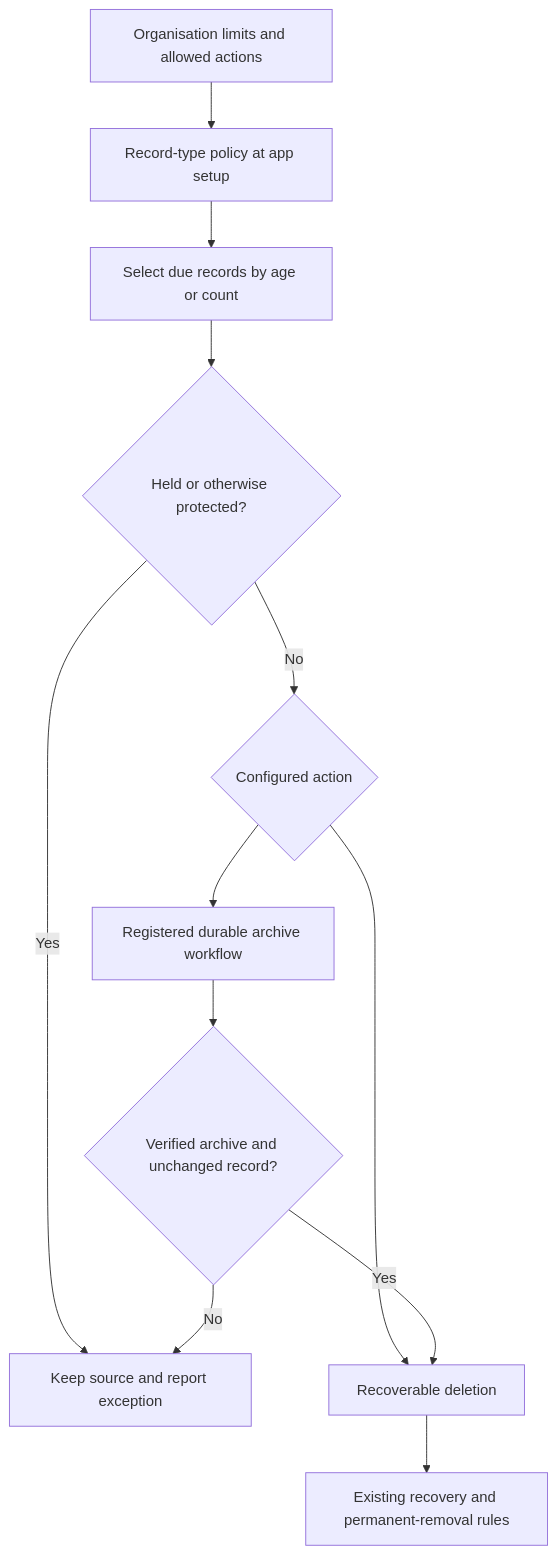
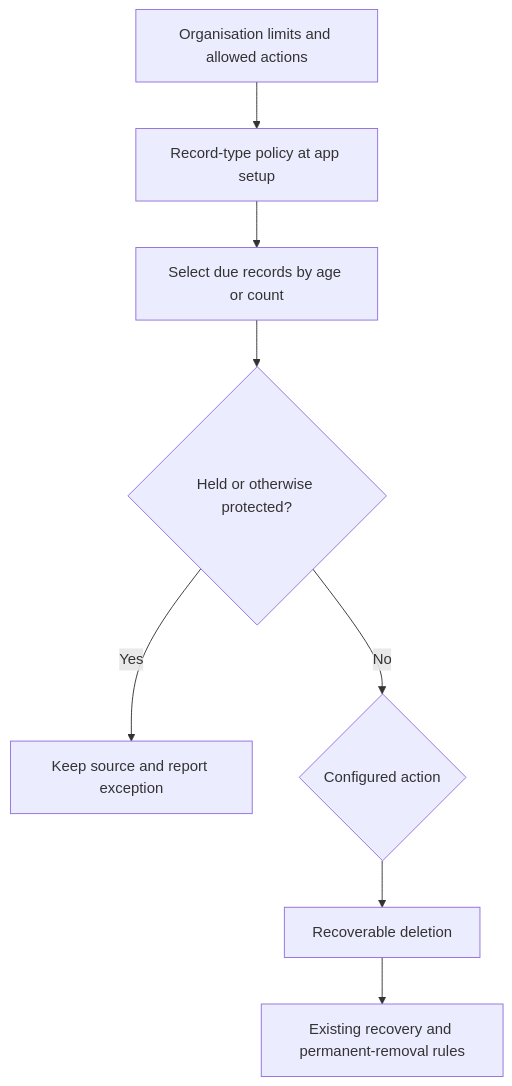
The diagram in docs/specification/appendices/record-ownership-and-lifecycle.md (Abzum-NZ/Abzum-Vortex), drawn with Mermaid before and after one commit. The commit also changed other lines of this file and 23 other files, not shown here.

````diff
--- a/docs/specification/appendices/record-ownership-and-lifecycle.md
+++ b/docs/specification/appendices/record-ownership-and-lifecycle.md
@@ -141,14 +61,10 @@
 ```mermaid
 flowchart TD
     O[Organisation limits and allowed actions] --> P[Record-type policy at app setup]
     P --> S[Select due records by age or count]
     S --> H{Held or otherwise protected?}
     H -- Yes --> E[Keep source and report exception]
     H -- No --> A{Configured action}
     A --> D[Recoverable deletion]
-    A --> W[Registered durable archive workflow]
-    W --> V{Verified archive and unchanged record?}
-    V -- No --> E
-    V -- Yes --> D
     D --> R[Existing recovery and permanent-removal rules]
 ```
````
